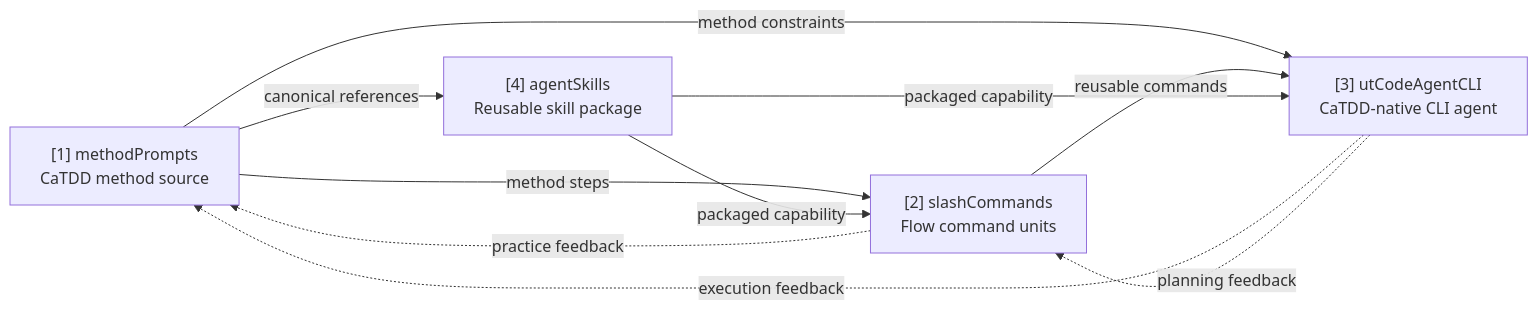
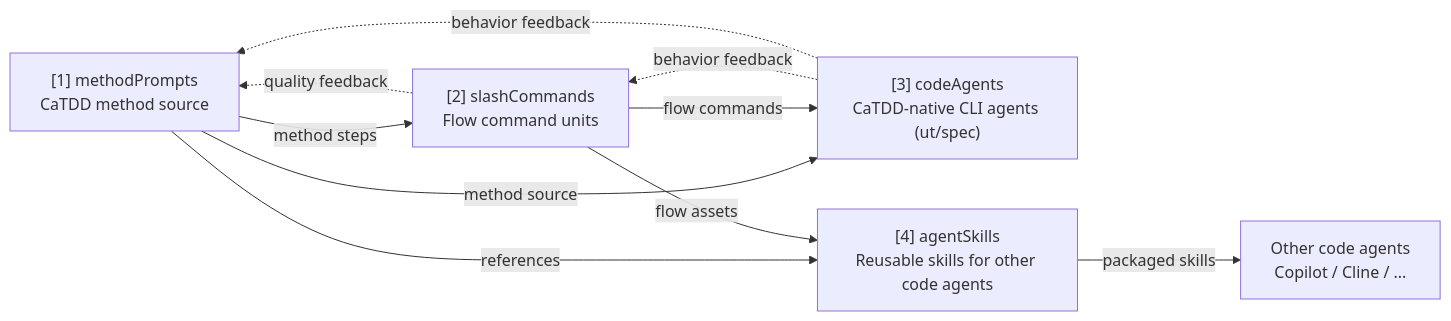
One commit to EnigmaWU/MyCaTDD changed the diagram in README.md. Above: the diagram before and after it, drawn with Mermaid. The commit also changed other lines of this file, not shown here.

Commit message:
Refactor README relationship diagram to model codeAgents container and feedback loops (#42)

````diff
--- a/README.md
+++ b/README.md
@@ -29,17 +30,18 @@
 ```mermaid
 flowchart LR
   L1["[1] methodPrompts<br/>CaTDD method source"]
   L2["[2] slashCommands<br/>Flow command units"]
-  L3["[3] utCodeAgentCLI<br/>CaTDD-native CLI agent"]
-  L4["[4] agentSkills<br/>Reusable skill package"]
+  L3["[3] codeAgents<br/>CaTDD-native CLI agents (ut/spec)"]
+  L4["[4] agentSkills<br/>Reusable skills for other code agents"]
+  L5["Other code agents<br/>Copilot / Cline / ..."]
 
   L1 -->|method steps| L2
-  L1 -->|method constraints| L3
-  L1 -->|canonical references| L4
-  L2 -->|reusable commands| L3
-  L4 -->|packaged capability| L2
-  L4 -->|packaged capability| L3
-  L2 -.->|practice feedback| L1
-  L3 -.->|execution feedback| L1
-  L3 -.->|planning feedback| L2
+  L1 -->|method source| L3
+  L2 -->|flow commands| L3
+  L2 -.->|quality feedback| L1
+  L3 -.->|behavior feedback| L2
+  L3 -.->|behavior feedback| L1
+  L1 -->|references| L4
+  L2 -->|flow assets| L4
+  L4 -->|packaged skills| L5
 ```
````
